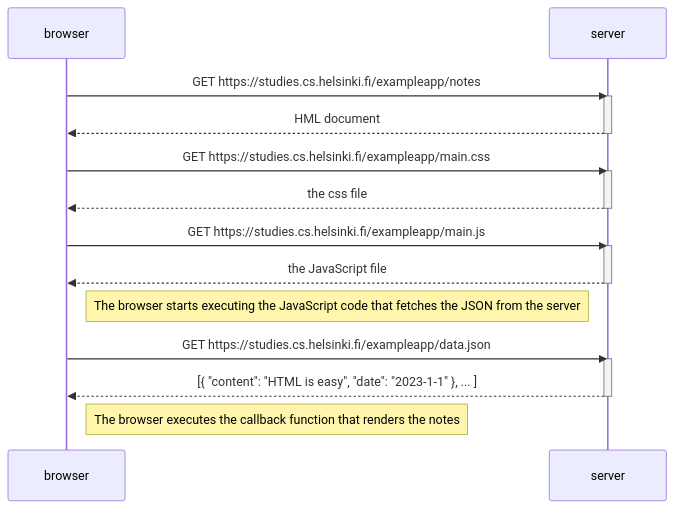
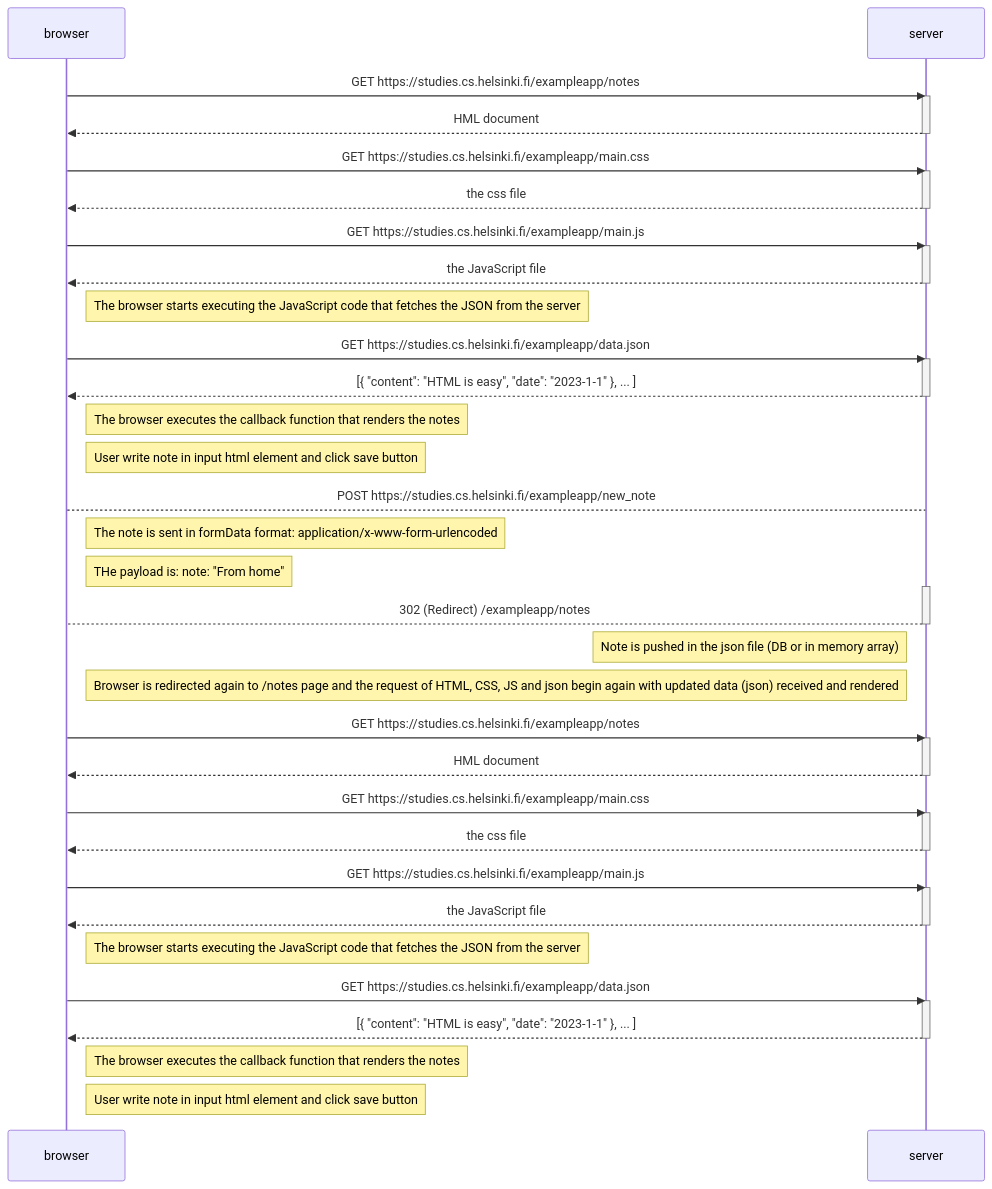
Before and after one commit to gusanchefullstack/fs-part-0: the diagram in 0.4-NewNoteDiagram/README.md, drawn with Mermaid.

Commit message:
Completed README.md for 0.4

````diff
--- a/0.4-NewNoteDiagram/README.md
+++ b/0.4-NewNoteDiagram/README.md
@@ -1,29 +1,65 @@
 ```mermaid
 sequenceDiagram
     participant browser
     participant server
 
     browser->>server: GET https://studies.cs.helsinki.fi/exampleapp/notes
     activate server
     server-->>browser: HML document
     deactivate server
 
     browser->>server: GET https://studies.cs.helsinki.fi/exampleapp/main.css
     activate server
     server-->>browser: the css file
     deactivate server
 
     browser->>server: GET https://studies.cs.helsinki.fi/exampleapp/main.js
     activate server
     server-->>browser: the JavaScript file
     deactivate server
 
     Note right of browser: The browser starts executing the JavaScript code that fetches the JSON from the server
 
     browser->>server: GET https://studies.cs.helsinki.fi/exampleapp/data.json
     activate server
     server-->>browser: [{ "content": "HTML is easy", "date": "2023-1-1" }, ... ]
     deactivate server
 
     Note right of browser: The browser executes the callback function that renders the notes
+    
+    Note right of browser: User write note in input html element and click save button
+
+    browser-->server: POST https://studies.cs.helsinki.fi/exampleapp/new_note
+    Note right of browser: The note is sent in formData format: application/x-www-form-urlencoded
+    Note right of browser: THe payload is: note: "From home"
+    activate server
+    server-->browser: 302 (Redirect) /exampleapp/notes
+    deactivate server
+    Note left of server: Note is pushed in the json file (DB or in memory array)
+    Note right of browser: Browser is redirected again to /notes page and the request of HTML, CSS, JS and json begin again with updated data (json) received and rendered
+    browser->>server: GET https://studies.cs.helsinki.fi/exampleapp/notes
+    activate server
+    server-->>browser: HML document
+    deactivate server
+
+    browser->>server: GET https://studies.cs.helsinki.fi/exampleapp/main.css
+    activate server
+    server-->>browser: the css file
+    deactivate server
+
+    browser->>server: GET https://studies.cs.helsinki.fi/exampleapp/main.js
+    activate server
+    server-->>browser: the JavaScript file
+    deactivate server
+
+    Note right of browser: The browser starts executing the JavaScript code that fetches the JSON from the server
+
+    browser->>server: GET https://studies.cs.helsinki.fi/exampleapp/data.json
+    activate server
+    server-->>browser: [{ "content": "HTML is easy", "date": "2023-1-1" }, ... ]
+    deactivate server
+
+    Note right of browser: The browser executes the callback function that renders the notes
+    
+    Note right of browser: User write note in input html element and click save button
 ```
````
